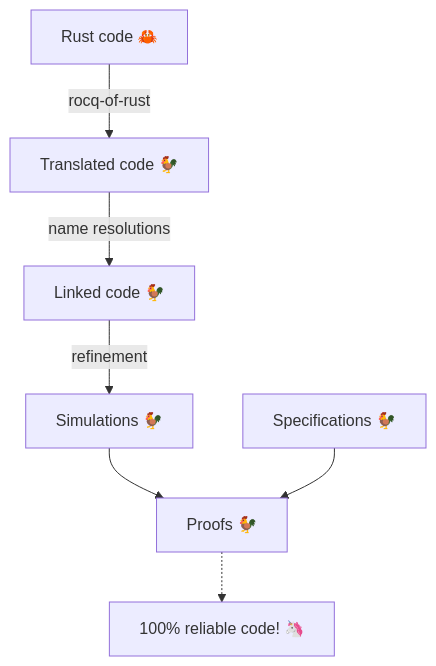
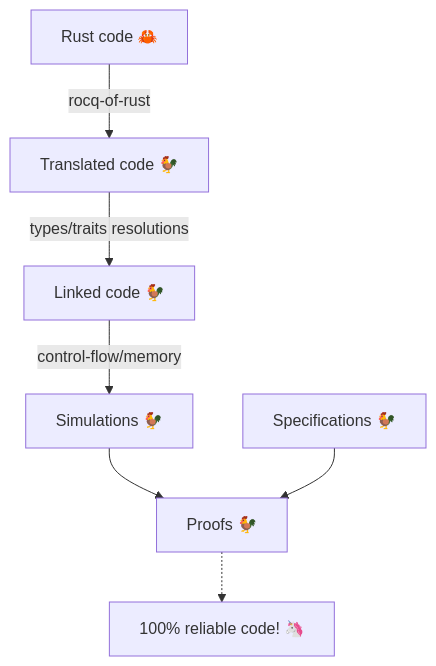
The diagram in README.md (formal-land/rocq-of-rust), drawn with Mermaid before and after one commit. The commit also changed other lines of this file, not shown here.

````diff
--- a/README.md
+++ b/README.md
@@ -51,9 +67,9 @@
 ```mermaid
 graph TB
     R[Rust code 🦀] -- rocq-of-rust --> T[Translated code 🐓]
-    T -- name resolutions --> L[Linked code 🐓]
-    L -- refinement --> S[Simulations 🐓]
+    T -- types/traits resolutions --> L[Linked code 🐓]
+    L -- control-flow/memory --> S[Simulations 🐓]
     S --> P
     SP[Specifications 🐓] --> P[Proofs 🐓]
     P -.-> X[100% reliable code! 🦄]
 ```
````
